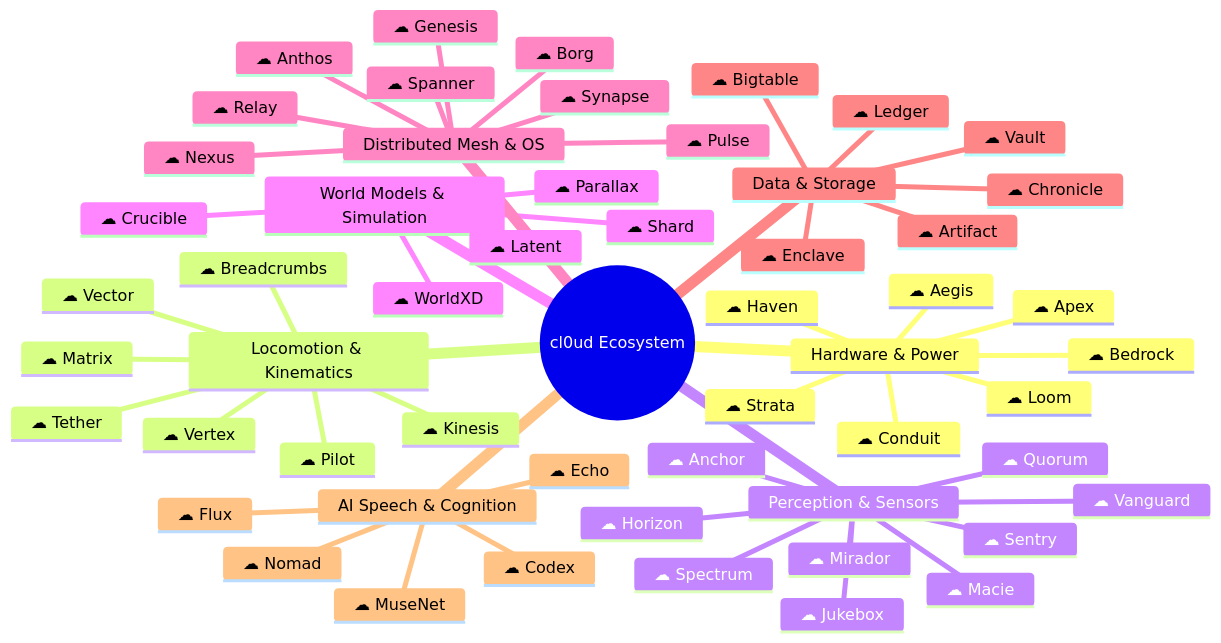
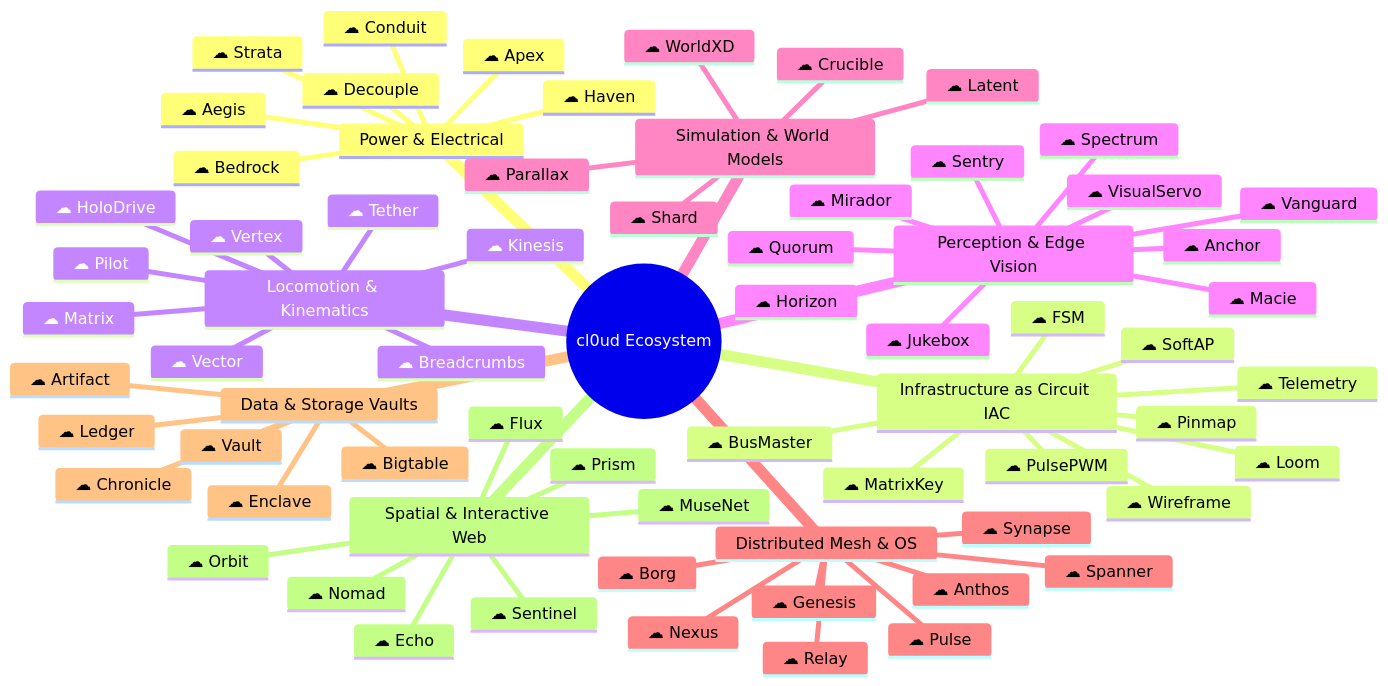
One commit to Ojas-sta/cl0ud-brand-engineering changed the second of 2 diagrams in engineering/architecture/subsystems-catalog.md. Above: the diagram before and after it, drawn with Mermaid. The commit also changed other lines of this file and 6 other files, not shown here.

````diff
--- a/engineering/architecture/subsystems-catalog.md
+++ b/engineering/architecture/subsystems-catalog.md
@@ -30,58 +78,72 @@
 ```mermaid
 mindmap
   root((cl0ud Ecosystem))
-    Hardware & Power
+    Power & Electrical
       ☁ Bedrock
       ☁ Conduit
       ☁ Strata
       ☁ Haven
       ☁ Aegis
+      ☁ Decouple
+      ☁ Apex
+    Infrastructure as Circuit IAC
+      ☁ Wireframe
+      ☁ Pinmap
+      ☁ BusMaster
+      ☁ PulsePWM
+      ☁ MatrixKey
+      ☁ SoftAP
+      ☁ FSM
+      ☁ Telemetry
       ☁ Loom
-      ☁ Apex
     Locomotion & Kinematics
       ☁ Vertex
       ☁ Kinesis
+      ☁ HoloDrive
       ☁ Breadcrumbs
       ☁ Vector
       ☁ Matrix
       ☁ Pilot
       ☁ Tether
-    Perception & Sensors
+    Perception & Edge Vision
       ☁ Horizon
       ☁ Mirador
       ☁ Anchor
+      ☁ VisualServo
       ☁ Jukebox
       ☁ Macie
       ☁ Quorum
       ☁ Vanguard
       ☁ Sentry
       ☁ Spectrum
-    World Models & Simulation
+    Simulation & World Models
       ☁ Latent
       ☁ Crucible
       ☁ WorldXD
       ☁ Shard
       ☁ Parallax
     Distributed Mesh & OS
       ☁ Borg
       ☁ Anthos
       ☁ Synapse
       ☁ Spanner
       ☁ Nexus
       ☁ Pulse
       ☁ Genesis
       ☁ Relay
-    Data & Storage
+    Data & Storage Vaults
       ☁ Bigtable
       ☁ Artifact
       ☁ Chronicle
       ☁ Vault
       ☁ Ledger
       ☁ Enclave
-    AI Speech & Cognition
+    Spatial & Interactive Web
       ☁ Echo
-      ☁ Codex
       ☁ MuseNet
       ☁ Nomad
       ☁ Flux
+      ☁ Prism
+      ☁ Sentinel
+      ☁ Orbit
 ```
````
